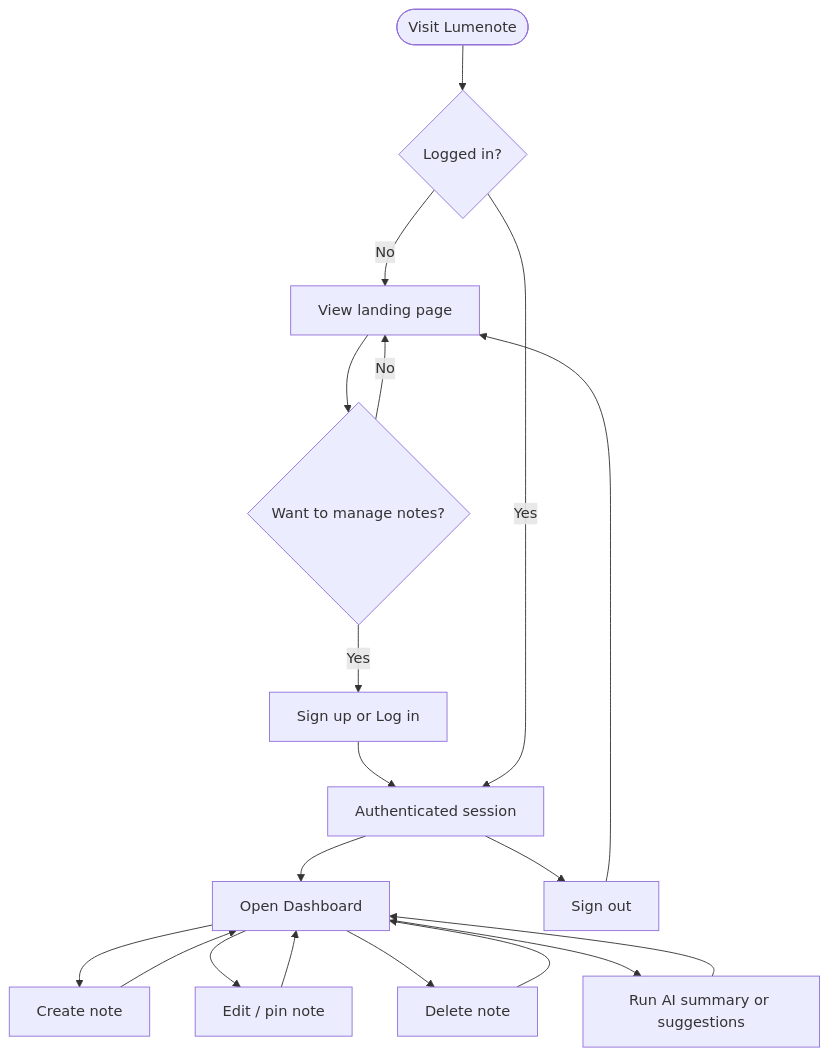
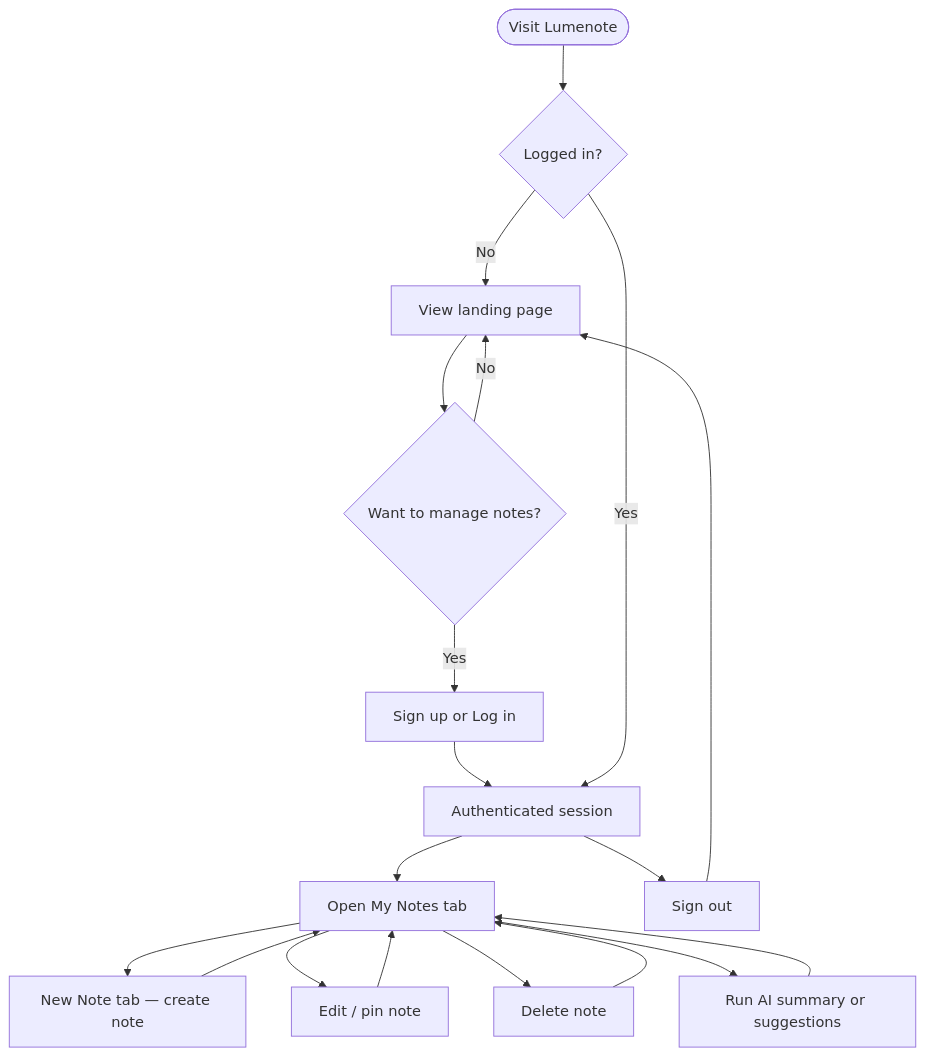
The second of 18 diagrams in DIAGRAMS.md (Angelica-Vides/Lumenote), drawn with Mermaid before and after one commit. The commit also changed other lines of this file and 4 other files, not shown here.

First line of the commit message:
docs: sync planning and diagrams with current app architecture

````diff
--- a/DIAGRAMS.md
+++ b/DIAGRAMS.md
@@ -44,21 +44,21 @@
 ```mermaid
 flowchart TD
     A([Visit Lumenote]) --> B{Logged in?}
     B -- No --> C[View landing page]
     C --> D{Want to manage notes?}
     D -- Yes --> E[Sign up or Log in]
     E --> F[Authenticated session]
     D -- No --> C
     B -- Yes --> F
-    F --> G[Open Dashboard]
-    G --> H[Create note]
+    F --> G[Open My Notes tab]
+    G --> H[New Note tab — create note]
     G --> I[Edit / pin note]
     G --> J[Delete note]
     G --> L[Run AI summary or suggestions]
     H --> G
     I --> G
     J --> G
     L --> G
     F --> K[Sign out]
     K --> C
 ```
````
